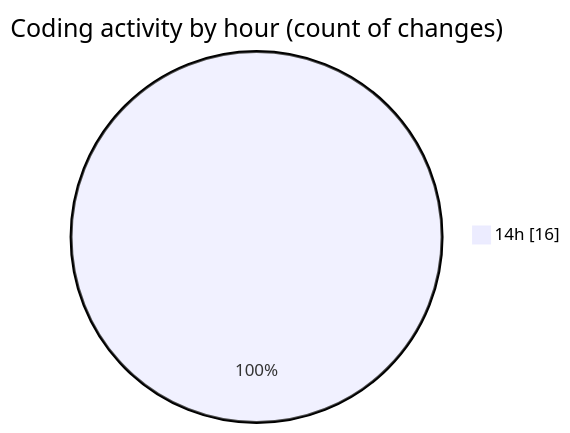
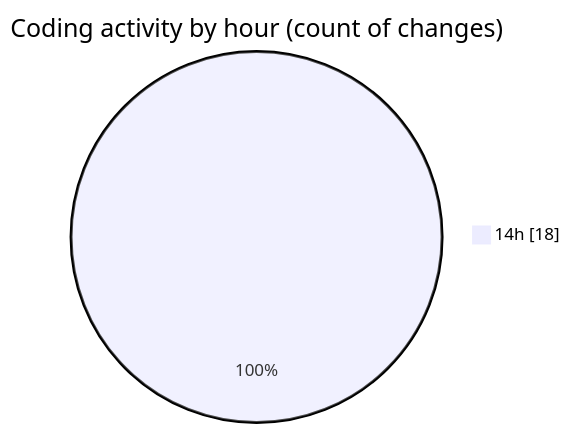
One commit to idhammustaqopulfikri/code-tracking changed the second of 2 diagrams in 2025-11-08/futsal/README.md. Above: the diagram before and after it, drawn with Mermaid. The commit also changed other lines of this file and 1 other file, not shown here.

````diff
--- a/2025-11-08/futsal/README.md
+++ b/2025-11-08/futsal/README.md
@@ -37,5 +37,5 @@
 ```mermaid
 pie showData
 title Coding activity by hour (count of changes)
-"14h" : 16
+"14h" : 18
 ```
````
